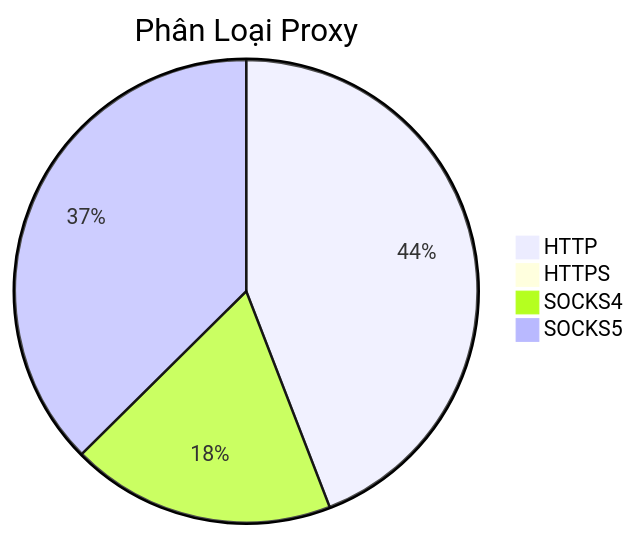
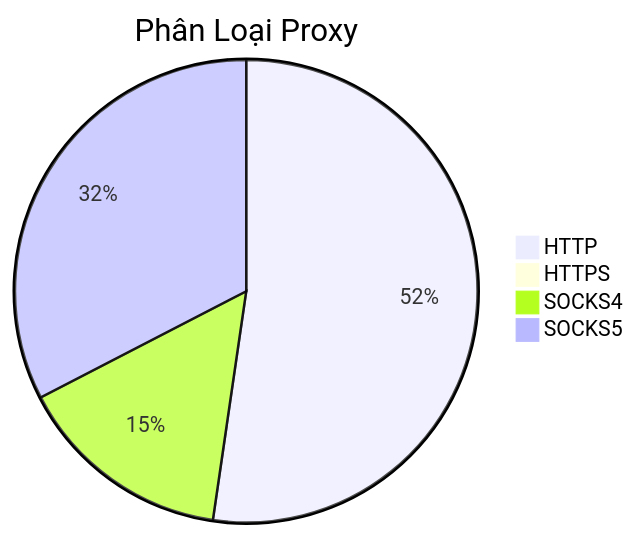
The diagram in README.md (Ciara-Aa/PROXY-free), drawn with Mermaid before and after one commit. The commit also changed other lines of this file and 4 other files, not shown here.

````diff
--- a/README.md
+++ b/README.md
@@ -26,7 +26,7 @@
 ```mermaid
 pie title Phân Loại Proxy
-    "HTTP" : 263
-    "HTTPS" : 5
-    "SOCKS4" : 110
-    "SOCKS5" : 223
+    "HTTP" : 329
+    "HTTPS" : 2
+    "SOCKS4" : 95
+    "SOCKS5" : 205
 ```
````
